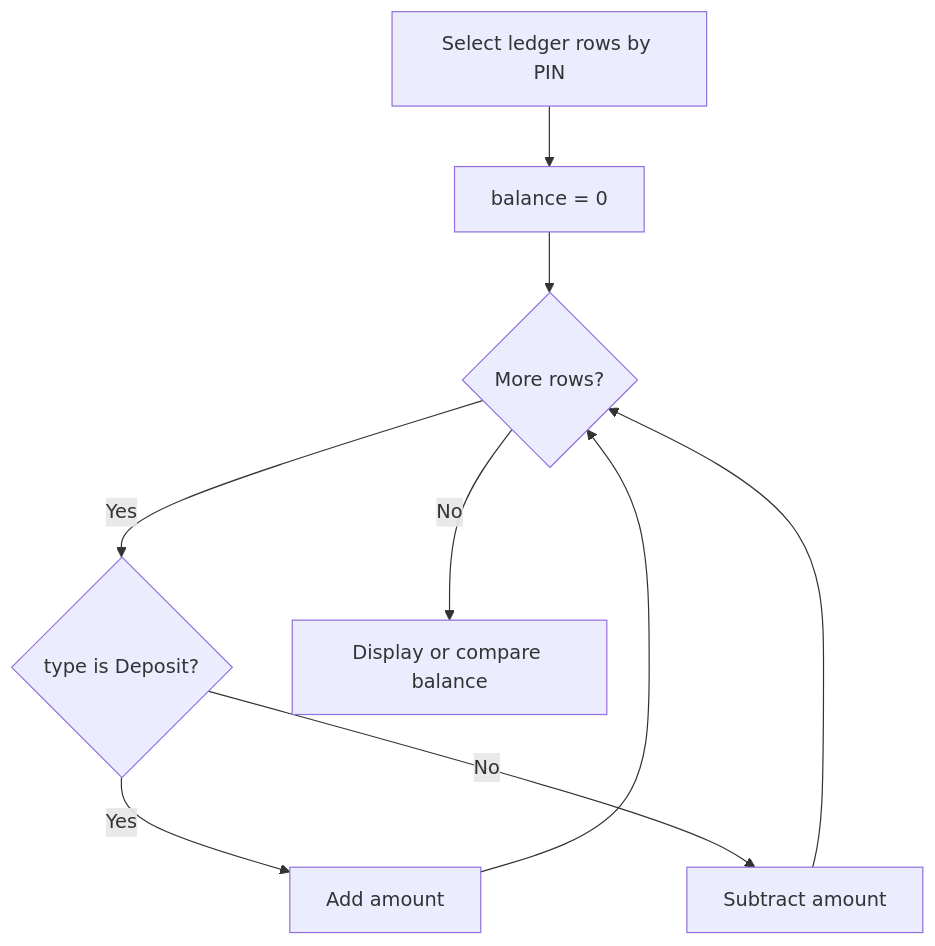
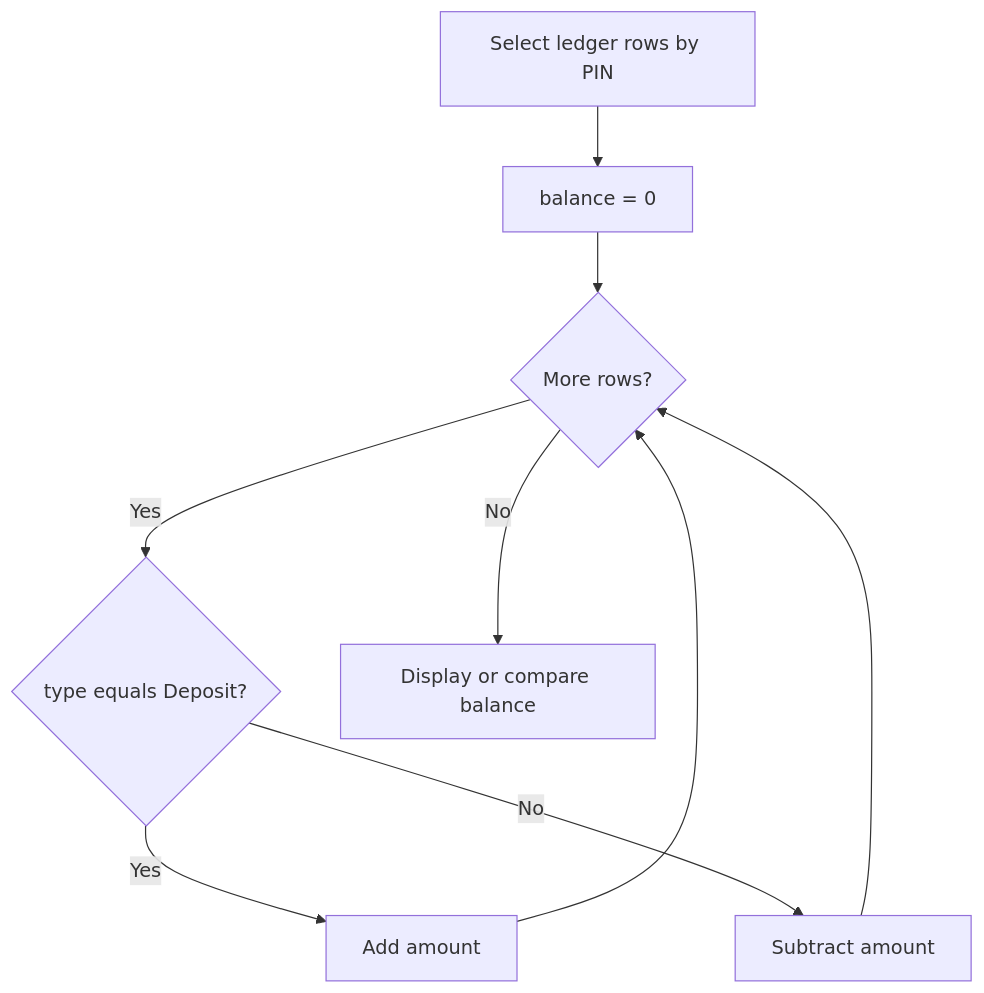
Before and after one commit to Brajesh31/Bank-Management-System: the diagram in docs/transactions.md, drawn with Mermaid. The commit also changed other lines of this file, not shown here.

````diff
--- a/docs/transactions.md
+++ b/docs/transactions.md
@@ -12,11 +11,11 @@
 ```mermaid
 flowchart TD
  A[Select ledger rows by PIN] --> B[balance = 0]
  B --> C{More rows?}
- C -->|Yes| D{type is Deposit?}
+ C -->|Yes| D{type equals Deposit?}
  D -->|Yes| E[Add amount]
  D -->|No| F[Subtract amount]
  E --> C
  F --> C
  C -->|No| G[Display or compare balance]
 ```
````
